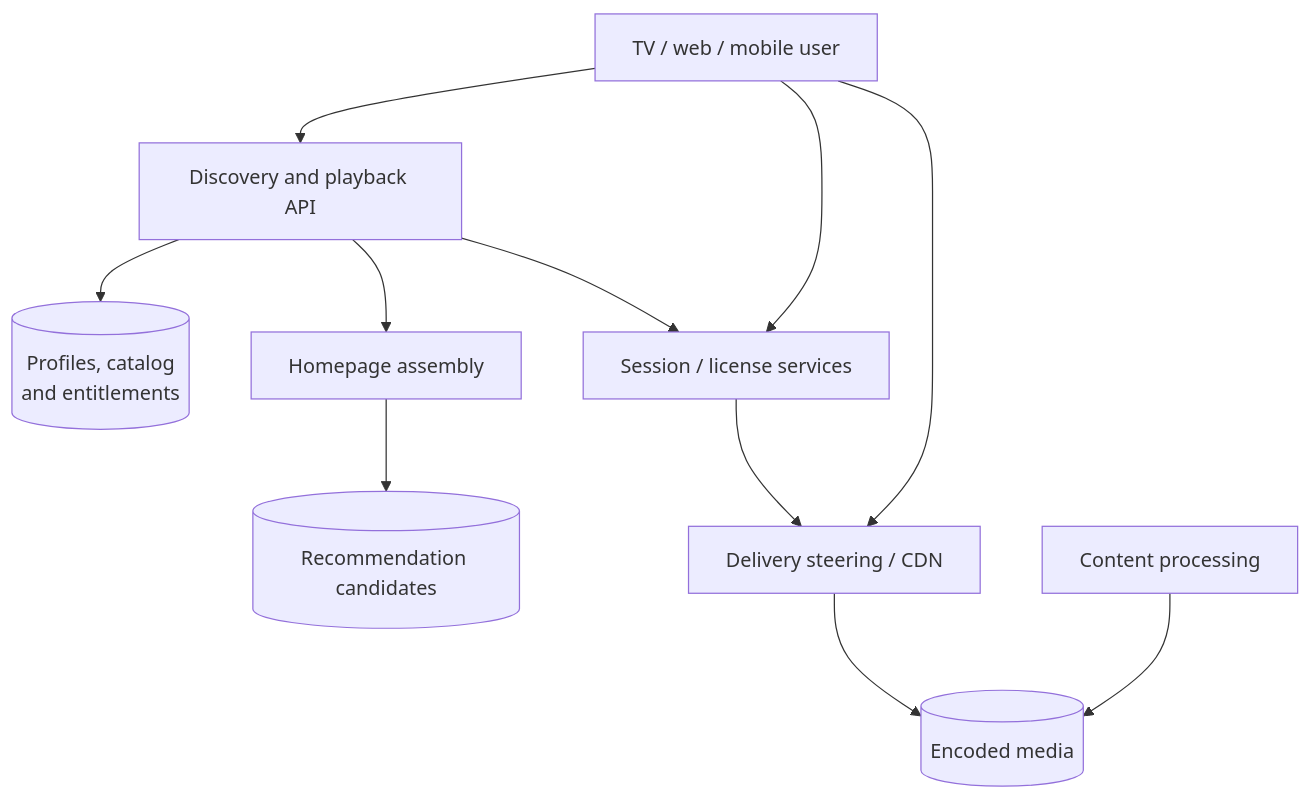
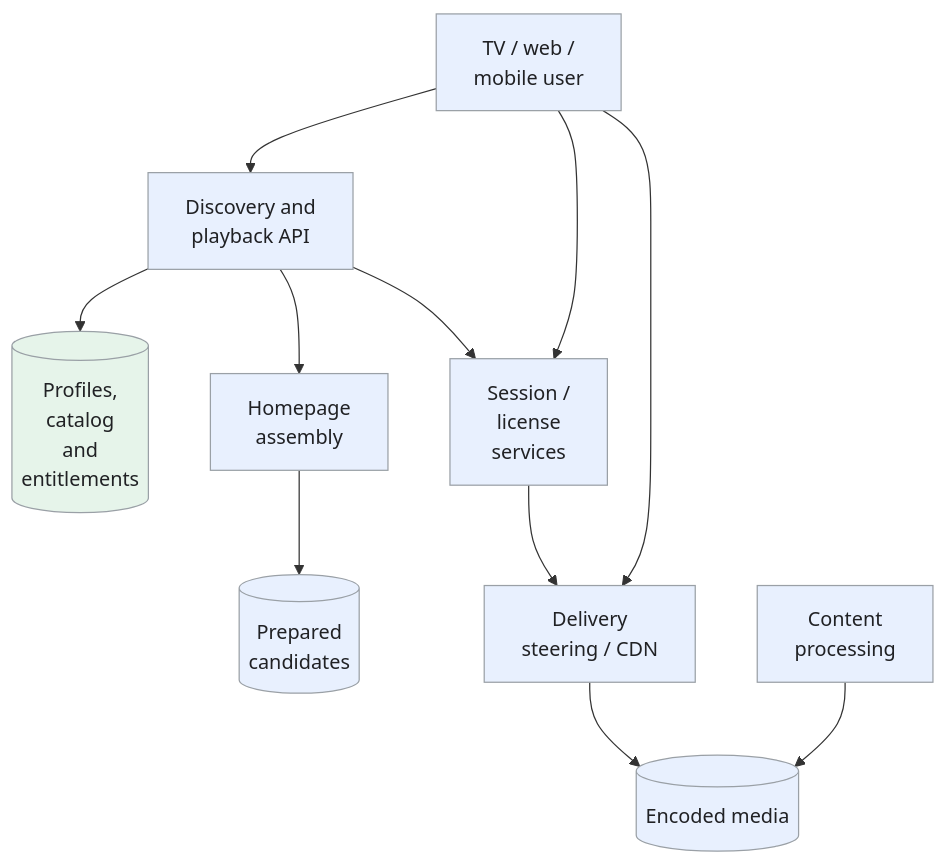
Before and after one commit to iliazlobin/iliazlobin.github.io: the first of 4 diagrams in _designs/system-design-netflix.md, drawn with Mermaid. The commit also changed other lines of this file and 131 other files, not shown here.

````diff
--- a/_designs/system-design-netflix.md
+++ b/_designs/system-design-netflix.md
@@ -121,13 +121,18 @@
 ```mermaid
 flowchart TB
-  U["TV / web / mobile user"] --> API["Discovery and playback API"]
-  API --> META[("Profiles, catalog<br/>and entitlements")]
-  API --> REC["Homepage assembly"]
-  REC --> CAND[("Recommendation candidates")]
-  API --> AUTH["Session / license services"]
-  AUTH --> CDN["Delivery steering / CDN"]
+  U["TV / web /<br>mobile user"] --> API["Discovery and<br>playback API"]
+  API --> META[("Profiles,<br>catalog<br>and<br>entitlements")]
+  API --> REC["Homepage<br>assembly"]
+  REC --> CAND[("Prepared<br>candidates")]
+  API --> AUTH["Session /<br>license<br>services"]
+  AUTH --> CDN["Delivery<br>steering / CDN"]
   U --> CDN
   U --> AUTH
   CDN --> OBJ[("Encoded media")]
-  INGEST["Content processing"] --> OBJ
+  INGEST["Content<br>processing"] --> OBJ
+  classDef request fill:#e8f0fe,stroke:#9aa0a6,color:#202124,stroke-width:1px
+  classDef background fill:#e6f4ea,stroke:#9aa0a6,color:#202124,stroke-width:1px
+  classDef control fill:#fef7e0,stroke:#9aa0a6,color:#202124,stroke-width:1px
+  class U,API,REC,CAND,AUTH,CDN,OBJ,INGEST request
+  class META background
 ```
````
